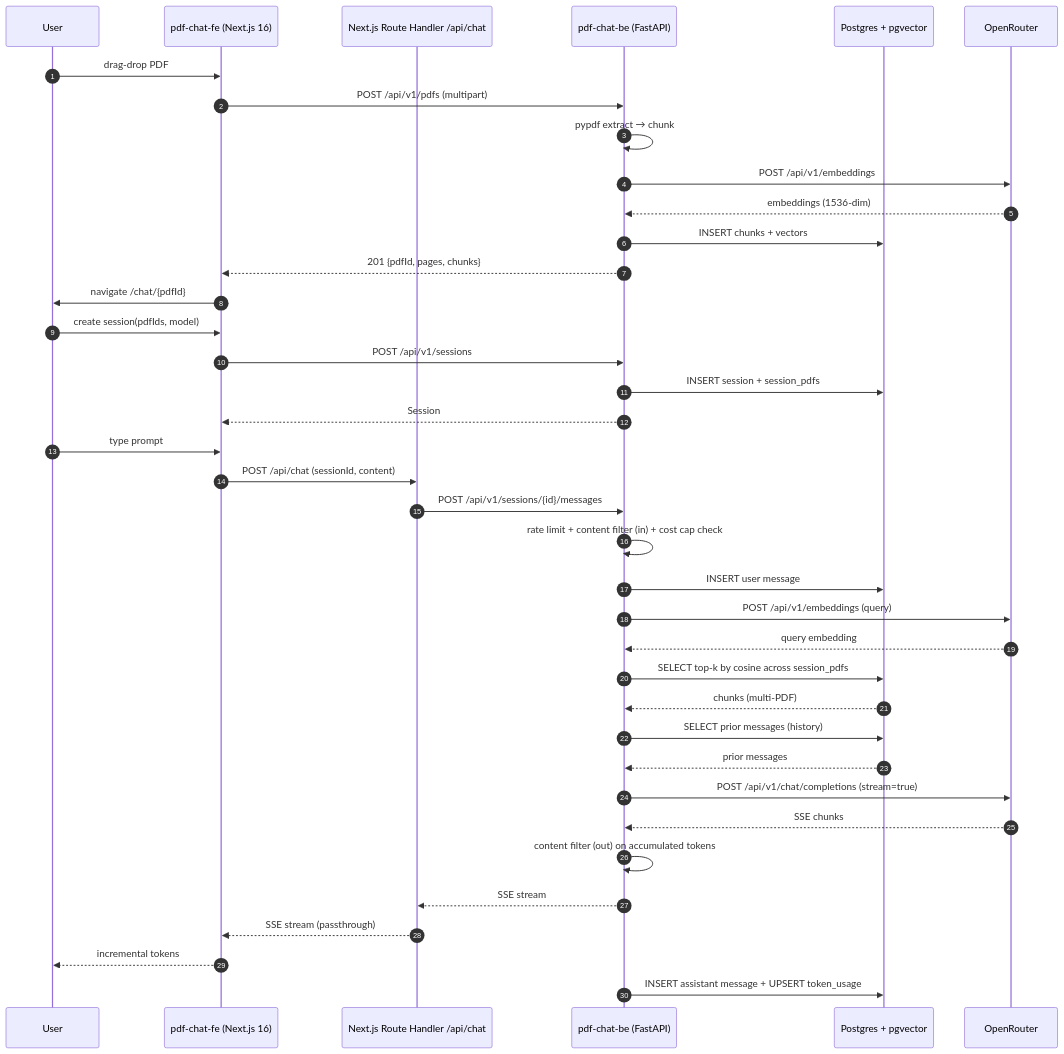
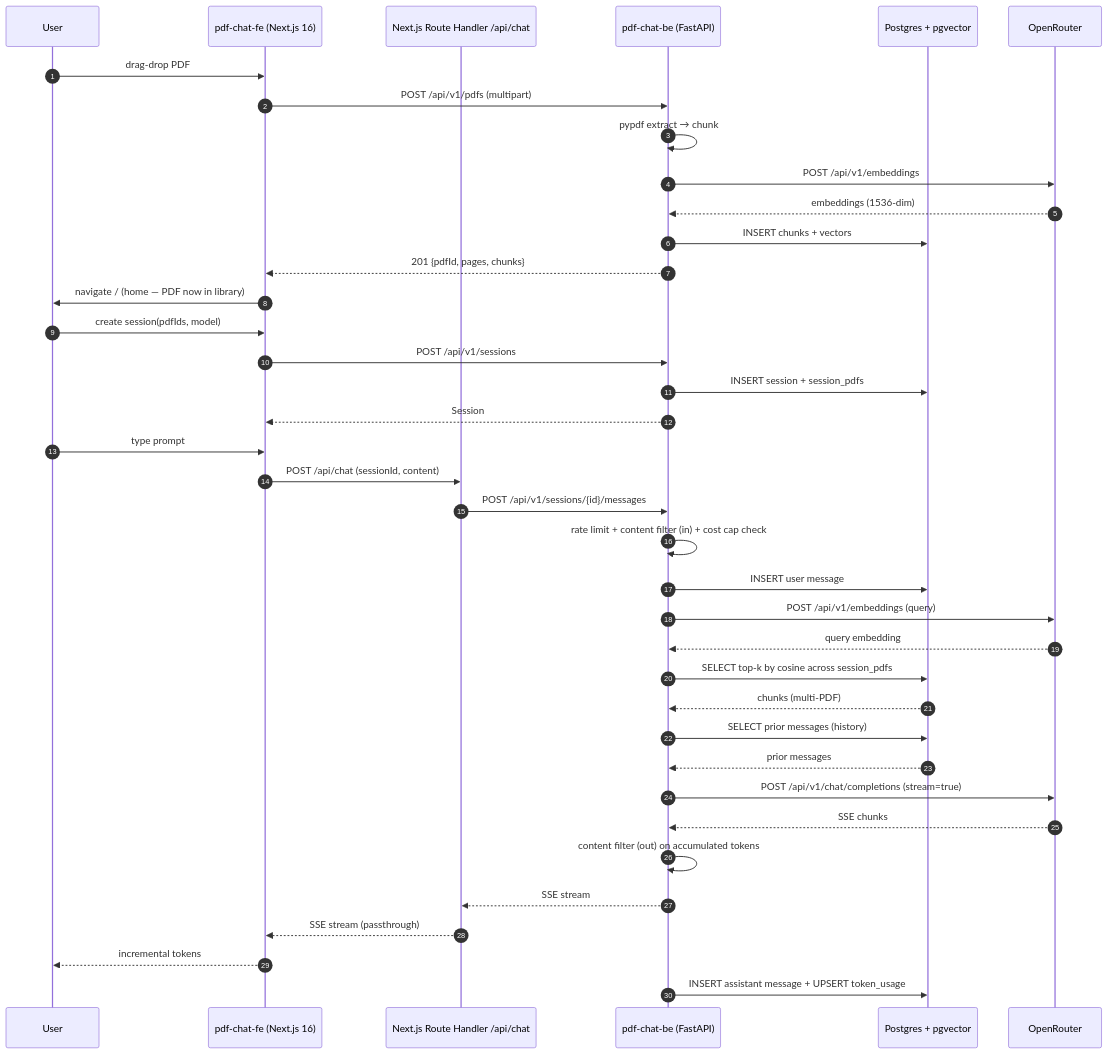
Before and after one commit to wahidyankf/ose-primer: the first of 2 diagrams in plans/in-progress/2026-04-26__add-pdf-chat-apps/tech-docs.md, drawn with Mermaid. The commit also changed other lines of this file and 2 other files, not shown here.

First line of the commit message:
docs(plans): make pdf-chat tech-docs readable without prior AI exposure

````diff
--- a/plans/in-progress/2026-04-26__add-pdf-chat-apps/tech-docs.md
+++ b/plans/in-progress/2026-04-26__add-pdf-chat-apps/tech-docs.md
@@ -5,44 +63,44 @@
 ```mermaid
 %% Color Palette: Blue #0173B2 | Orange #DE8F05 | Teal #029E73 | Purple #CC78BC | Gray #808080
 sequenceDiagram
     autonumber
     participant U as User
     participant FE as pdf-chat-fe (Next.js 16)
     participant RH as Next.js Route Handler /api/chat
     participant BE as pdf-chat-be (FastAPI)
     participant PG as Postgres + pgvector
     participant OR as OpenRouter
 
     U->>FE: drag-drop PDF
     FE->>BE: POST /api/v1/pdfs (multipart)
     BE->>BE: pypdf extract → chunk
     BE->>OR: POST /api/v1/embeddings
     OR-->>BE: embeddings (1536-dim)
     BE->>PG: INSERT chunks + vectors
     BE-->>FE: 201 {pdfId, pages, chunks}
-    FE->>U: navigate /chat/{pdfId}
+    FE->>U: navigate / (home — PDF now in library)
 
     U->>FE: create session(pdfIds, model)
     FE->>BE: POST /api/v1/sessions
     BE->>PG: INSERT session + session_pdfs
     BE-->>FE: Session
 
     U->>FE: type prompt
     FE->>RH: POST /api/chat (sessionId, content)
     RH->>BE: POST /api/v1/sessions/{id}/messages
     BE->>BE: rate limit + content filter (in) + cost cap check
     BE->>PG: INSERT user message
     BE->>OR: POST /api/v1/embeddings (query)
     OR-->>BE: query embedding
     BE->>PG: SELECT top-k by cosine across session_pdfs
     PG-->>BE: chunks (multi-PDF)
     BE->>PG: SELECT prior messages (history)
     PG-->>BE: prior messages
     BE->>OR: POST /api/v1/chat/completions (stream=true)
     OR-->>BE: SSE chunks
     BE->>BE: content filter (out) on accumulated tokens
     BE-->>RH: SSE stream
     RH-->>FE: SSE stream (passthrough)
     FE-->>U: incremental tokens
     BE->>PG: INSERT assistant message + UPSERT token_usage
 ```
````
